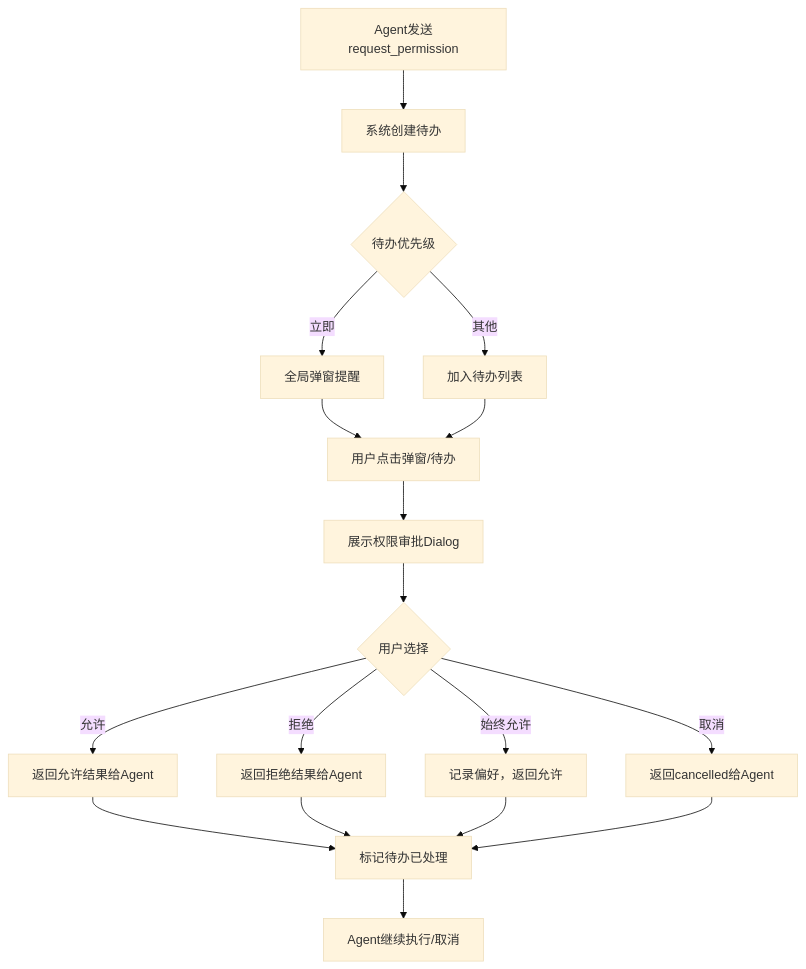
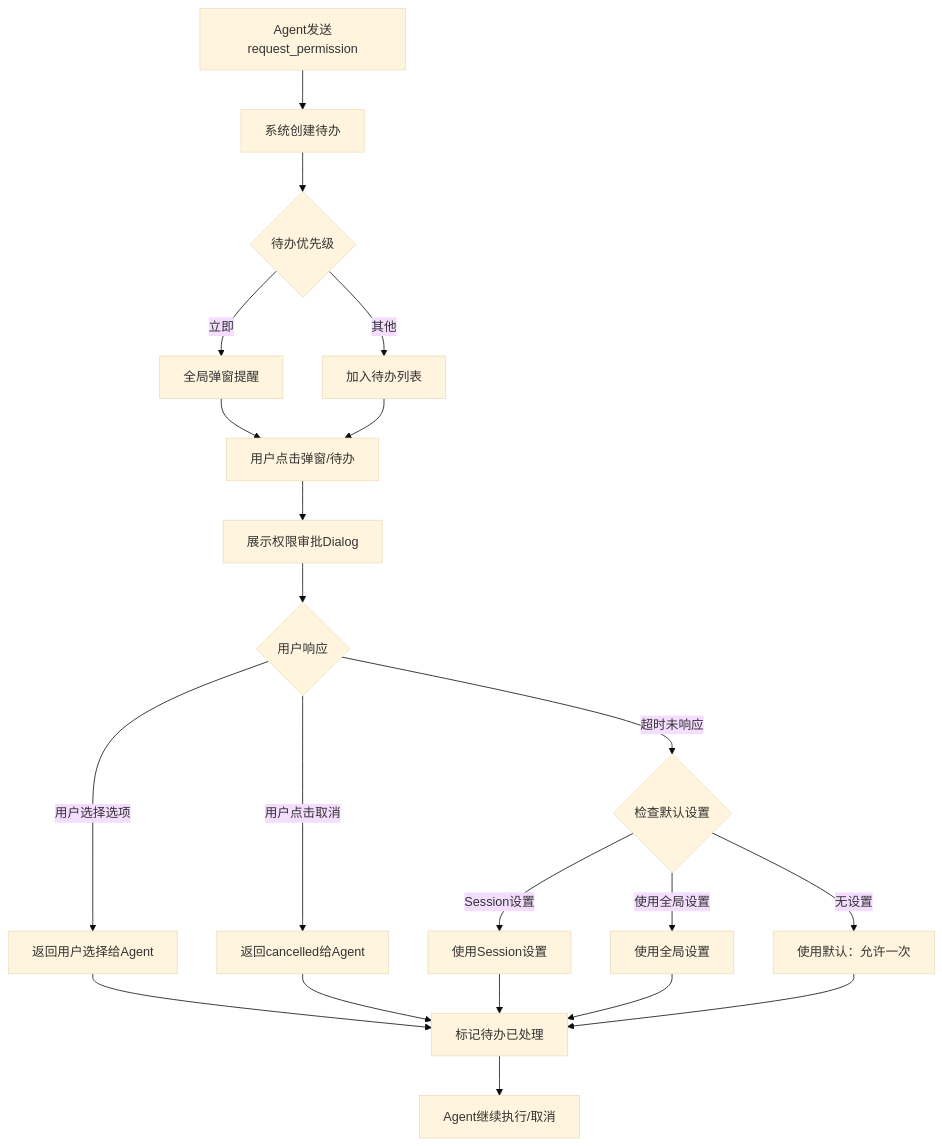
The sixth of 6 diagrams in docs/product/draft/20260528-acp-permission-reminder.md (Deliay/z-agent-gear), drawn with Mermaid (base theme) before and after one commit. The commit also changed other lines of this file, not shown here.

````diff
--- a/docs/product/draft/20260528-acp-permission-reminder.md
+++ b/docs/product/draft/20260528-acp-permission-reminder.md
@@ -168,20 +221,23 @@
 ```mermaid
 flowchart TD
     A[Agent发送request_permission] --> B[系统创建待办]
     B --> C{待办优先级}
     C -->|立即| D[全局弹窗提醒]
     C -->|其他| E[加入待办列表]
     D --> F[用户点击弹窗/待办]
     E --> F
     F --> G[展示权限审批Dialog]
-    G --> H{用户选择}
-    H -->|允许| I[返回允许结果给Agent]
-    H -->|拒绝| J[返回拒绝结果给Agent]
-    H -->|始终允许| K[记录偏好，返回允许]
-    H -->|取消| N[返回cancelled给Agent]
-    I --> L[标记待办已处理]
-    J --> L
-    K --> L
-    N --> L
-    L --> M[Agent继续执行/取消]
+    G --> H{用户响应}
+    H -->|用户选择选项| I[返回用户选择给Agent]
+    H -->|用户点击取消| J[返回cancelled给Agent]
+    H -->|超时未响应| K{检查默认设置}
+    K -->|Session设置| L[使用Session设置]
+    K -->|使用全局设置| M[使用全局设置]
+    K -->|无设置| N[使用默认：允许一次]
+    I --> O[标记待办已处理]
+    J --> O
+    L --> O
+    M --> O
+    N --> O
+    O --> P[Agent继续执行/取消]
 ```
````
